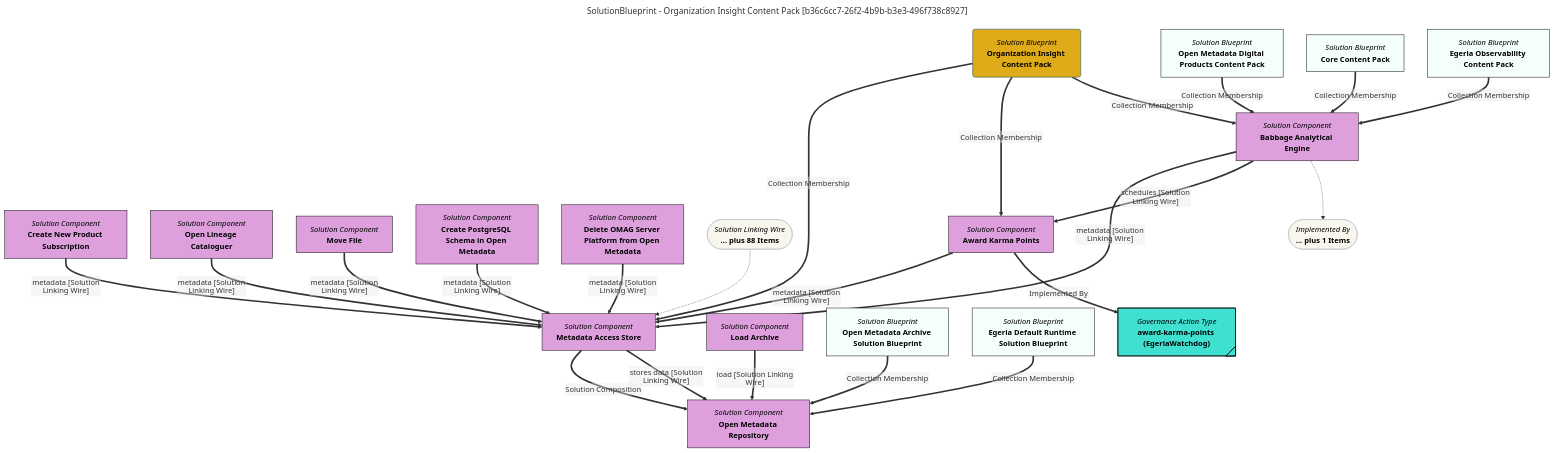
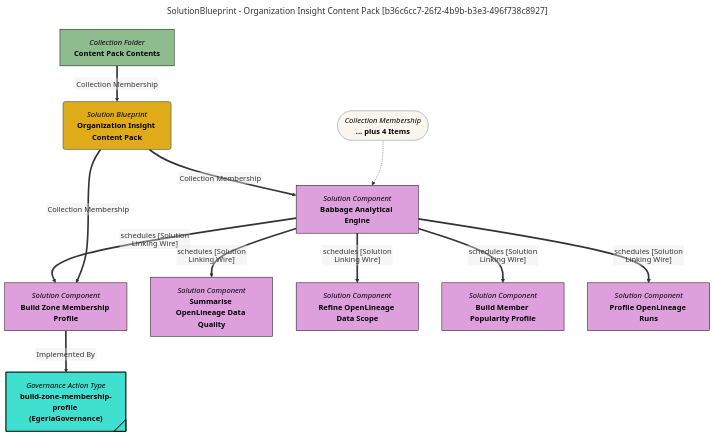
One commit to odpi/egeria-docs changed the diagram in site/snippets/blueprints/content-packs/organization-insight-content-pack-mermaid-graph.md. Above: the diagram before and after it, drawn with Mermaid. The commit also changed other lines of this file and 17 other files, not shown here.

````diff
--- a/site/snippets/blueprints/content-packs/organization-insight-content-pack-mermaid-graph.md
+++ b/site/snippets/blueprints/content-packs/organization-insight-content-pack-mermaid-graph.md
@@ -7,91 +7,48 @@
 
 1@{ shape: rounded, label: "*Solution Blueprint*
 **Organization Insight Content Pack**"}
-2@{ shape: rect, label: "*Solution Component*
-**Metadata Access Store**"}
-1==>|"Collection Membership"|2
+2@{ shape: rect, label: "*Collection Folder*
+**Content Pack Contents**"}
+2==>|"Collection Membership"|1
 3@{ shape: rect, label: "*Solution Component*
-**Open Metadata Repository**"}
-2==>|"Solution Composition"|3
+**Babbage Analytical Engine**"}
+1==>|"Collection Membership"|3
 4@{ shape: rect, label: "*Solution Component*
-**Load Archive**"}
-4==>|"load [Solution Linking Wire]"|3
-2==>|"stores data [Solution Linking Wire]"|3
-5@{ shape: rect, label: "*Solution Blueprint*
-**Open Metadata Archive Solution Blueprint**"}
-5==>|"Collection Membership"|3
-6@{ shape: rect, label: "*Solution Blueprint*
-**Egeria Default Runtime Solution Blueprint**"}
-6==>|"Collection Membership"|3
+**Build Zone Membership Profile**"}
+3==>|"schedules [Solution Linking Wire]"|4
+5@{ shape: rect, label: "*Solution Component*
+**Summarise OpenLineage Data Quality**"}
+3==>|"schedules [Solution Linking Wire]"|5
+6@{ shape: rect, label: "*Solution Component*
+**Refine OpenLineage Data Scope**"}
+3==>|"schedules [Solution Linking Wire]"|6
 7@{ shape: rect, label: "*Solution Component*
-**Create New Product Subscription**"}
-7==>|"metadata [Solution Linking Wire]"|2
+**Build Member Popularity Profile**"}
+3==>|"schedules [Solution Linking Wire]"|7
 8@{ shape: rect, label: "*Solution Component*
-**Open Lineage Cataloguer**"}
-8==>|"metadata [Solution Linking Wire]"|2
-9@{ shape: rect, label: "*Solution Component*
-**Move File**"}
-9==>|"metadata [Solution Linking Wire]"|2
-10@{ shape: rect, label: "*Solution Component*
-**Babbage Analytical Engine**"}
-10==>|"metadata [Solution Linking Wire]"|2
-11@{ shape: rect, label: "*Solution Component*
-**Create PostgreSQL Schema in Open Metadata**"}
-11==>|"metadata [Solution Linking Wire]"|2
-12@{ shape: rect, label: "*Solution Component*
-**Delete OMAG Server Platform from Open Metadata**"}
-12==>|"metadata [Solution Linking Wire]"|2
-13@{ shape: stadium, label: "*Solution Linking Wire*
-**... plus 88 Items**"}
-13-.->2
-14@{ shape: rect, label: "*Solution Component*
-**Award Karma Points**"}
-1==>|"Collection Membership"|14
-10==>|"schedules [Solution Linking Wire]"|14
-14==>|"metadata [Solution Linking Wire]"|2
-15@{ shape: tag-rect, label: "*Governance Action Type*
-**award-karma-points (EgeriaWatchdog)**"}
-14==>|"Implemented By"|15
-1==>|"Collection Membership"|10
-16@{ shape: rect, label: "*Solution Blueprint*
-**Open Metadata Digital Products Content Pack**"}
-16==>|"Collection Membership"|10
-17@{ shape: rect, label: "*Solution Blueprint*
-**Core Content Pack**"}
-17==>|"Collection Membership"|10
-18@{ shape: rect, label: "*Solution Blueprint*
-**Egeria Observability Content Pack**"}
-18==>|"Collection Membership"|10
-19@{ shape: stadium, label: "*Implemented By*
-**... plus 1 Items**"}
-10-.->19
-style 11 color:#000000, fill:#DDA0DD, stroke:#000000
-style 12 color:#000000, fill:#DDA0DD, stroke:#000000
-style 13 color:#000000, fill:#F9F7ED, stroke:#b7c0c7
-style 14 color:#000000, fill:#DDA0DD, stroke:#000000
-style 15 color:#000000, fill:#40E0D0, stroke:#000000
-style 16 color:#000000, fill:#f5fffa, stroke:#000000
-style 17 color:#000000, fill:#f5fffa, stroke:#000000
-style 18 color:#000000, fill:#f5fffa, stroke:#000000
-style 19 color:#000000, fill:#F9F7ED, stroke:#b7c0c7
+**Profile OpenLineage Runs**"}
+3==>|"schedules [Solution Linking Wire]"|8
+9@{ shape: stadium, label: "*Collection Membership*
+**... plus 4 Items**"}
+9-.->3
+1==>|"Collection Membership"|4
+10@{ shape: tag-rect, label: "*Governance Action Type*
+**build-zone-membership-profile (EgeriaGovernance)**"}
+4==>|"Implemented By"|10
 style 1 color:#000000, fill:#e0ab18, stroke:#004563
-style 2 color:#000000, fill:#DDA0DD, stroke:#000000
+style 2 color:#000000, fill:#8fbc8f, stroke:#000000
 style 3 color:#000000, fill:#DDA0DD, stroke:#000000
 style 4 color:#000000, fill:#DDA0DD, stroke:#000000
-style 5 color:#000000, fill:#f5fffa, stroke:#000000
-style 6 color:#000000, fill:#f5fffa, stroke:#000000
+style 5 color:#000000, fill:#DDA0DD, stroke:#000000
+style 6 color:#000000, fill:#DDA0DD, stroke:#000000
 style 7 color:#000000, fill:#DDA0DD, stroke:#000000
 style 8 color:#000000, fill:#DDA0DD, stroke:#000000
-style 9 color:#000000, fill:#DDA0DD, stroke:#000000
-style 10 color:#000000, fill:#DDA0DD, stroke:#000000
-click 11 "https://egeria-project.org/concepts/governance-action-type/" "Click for more documentation" _blank
-click 12 "https://egeria-project.org/concepts/governance-action-type/" "Click for more documentation" _blank
-click 2 "https://egeria-project.org/concepts/metadata-access-store/" "Click for more documentation" _blank
-click 3 "https://egeria-project.org/concepts/open-metadata-repository/" "Click for more documentation" _blank
-click 14 "https://egeria-project.org/concepts/governance-action-type/" "Click for more documentation" _blank
-click 4 "https://egeria-project.org/concepts/open-metadata-archive/" "Click for more documentation" _blank
+style 9 color:#000000, fill:#F9F7ED, stroke:#b7c0c7
+style 10 color:#000000, fill:#40E0D0, stroke:#000000
+click 3 "https://egeria-project.org/concepts/integration-connector/" "Click for more documentation" _blank
+click 4 "https://egeria-project.org/concepts/governance-action-type/" "Click for more documentation" _blank
+click 5 "https://egeria-project.org/concepts/governance-action-type/" "Click for more documentation" _blank
+click 6 "https://egeria-project.org/concepts/governance-action-type/" "Click for more documentation" _blank
 click 7 "https://egeria-project.org/concepts/governance-action-type/" "Click for more documentation" _blank
-click 8 "https://egeria-project.org/concepts/integration-connector/" "Click for more documentation" _blank
-click 9 "https://egeria-project.org/concepts/governance-action-type/" "Click for more documentation" _blank
-click 10 "https://egeria-project.org/concepts/integration-connector/" "Click for more documentation" _blank
+click 8 "https://egeria-project.org/concepts/governance-action-type/" "Click for more documentation" _blank
 ```
````
